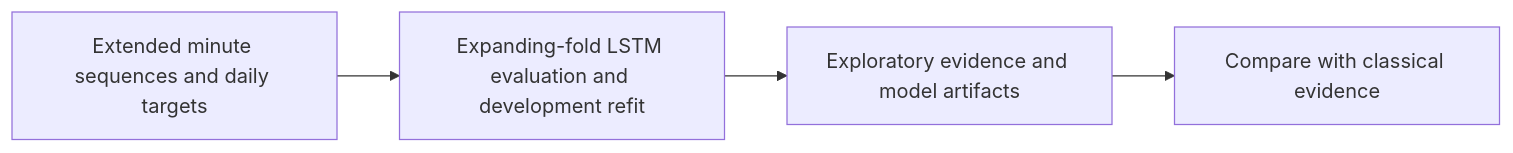
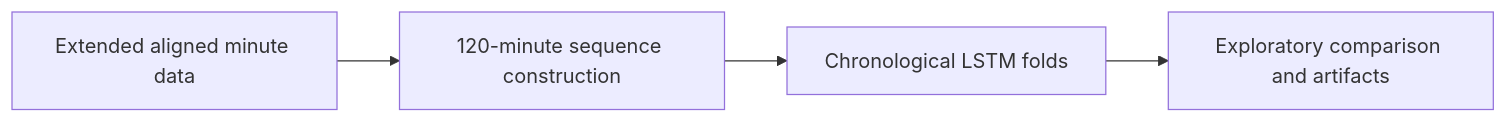
One commit to Ferreter/Dissertation changed the diagram in docs/notebooks/11_lstm_intraday_sequence_extension.md. Above: the diagram before and after it, drawn with Mermaid. The commit also changed other lines of this file and 27 other files, not shown here.

````diff
--- a/docs/notebooks/11_lstm_intraday_sequence_extension.md
+++ b/docs/notebooks/11_lstm_intraday_sequence_extension.md
@@ -12,6 +13,6 @@
 ```mermaid
 flowchart LR
-    A["Extended minute sequences and daily targets"] --> B["Expanding-fold LSTM evaluation and development refit"]
-    B --> C["Exploratory evidence and model artifacts"]
-    C --> D["Compare with classical evidence"]
+    A["Extended aligned minute data"] --> B["120-minute sequence construction"]
+    B --> C["Chronological LSTM folds"]
+    C --> D["Exploratory comparison and artifacts"]
 ```
````
